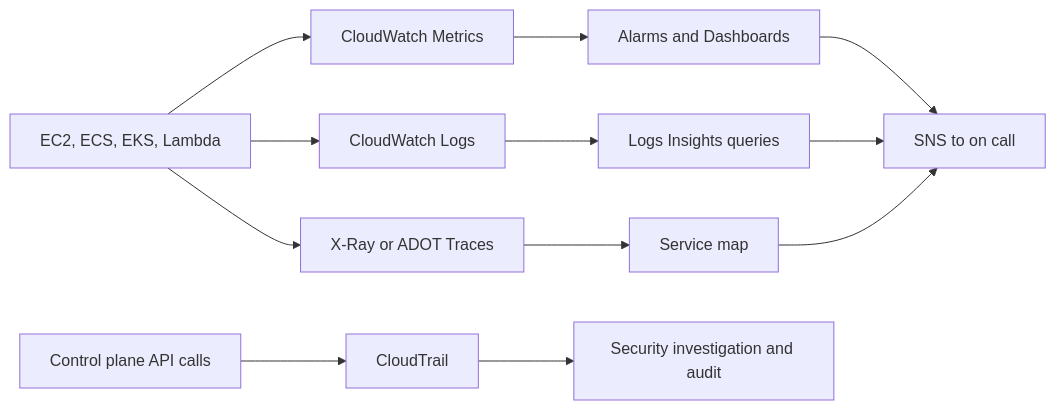
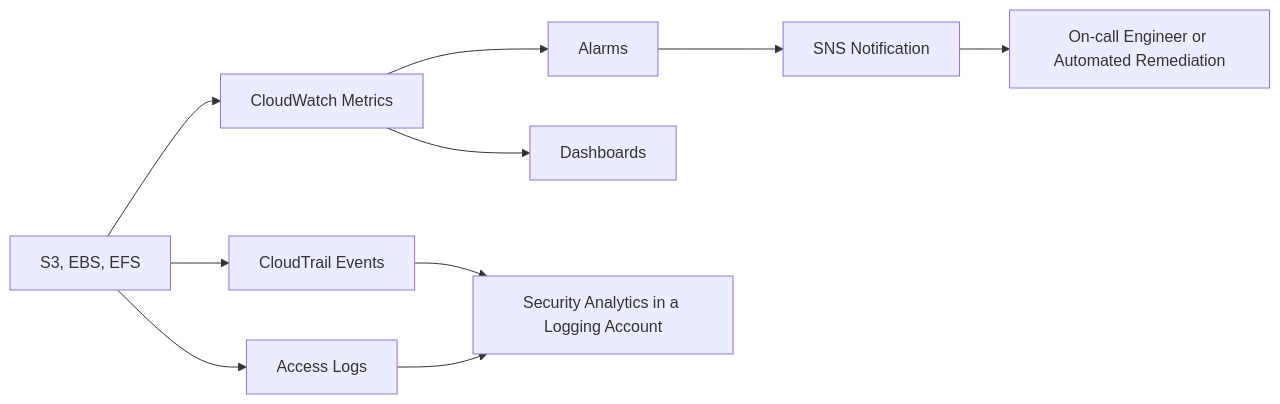
Diagram 18 of 22 in docs/unit1/topic4.md (norbutlepcha25/dso303), drawn with Mermaid before and after one commit. The commit also changed other lines of this file and 945 other files, not shown here.

````diff
--- a/docs/unit1/topic4.md
+++ b/docs/unit1/topic4.md
@@ -1444,14 +1375,12 @@
 ```mermaid
-flowchart LR
-    A["EC2, ECS, EKS, Lambda"] --> B["CloudWatch Metrics"]
-    A --> C["CloudWatch Logs"]
-    A --> D["X-Ray or ADOT Traces"]
-    E["Control plane API calls"] --> F["CloudTrail"]
-    B --> G["Alarms and Dashboards"]
-    C --> H["Logs Insights queries"]
-    D --> I["Service map"]
-    G --> J["SNS to on call"]
-    H --> J
-    I --> J
-    F --> K["Security investigation and audit"]
+graph LR
+    A["S3, EBS, EFS"] --> B["CloudWatch Metrics"]
+    A --> C["CloudTrail Events"]
+    A --> D["Access Logs"]
+    B --> E["Alarms"]
+    B --> F["Dashboards"]
+    C --> G["Security Analytics in a Logging Account"]
+    D --> G
+    E --> H["SNS Notification"]
+    H --> I["On-call Engineer or Automated Remediation"]
 ```
````
